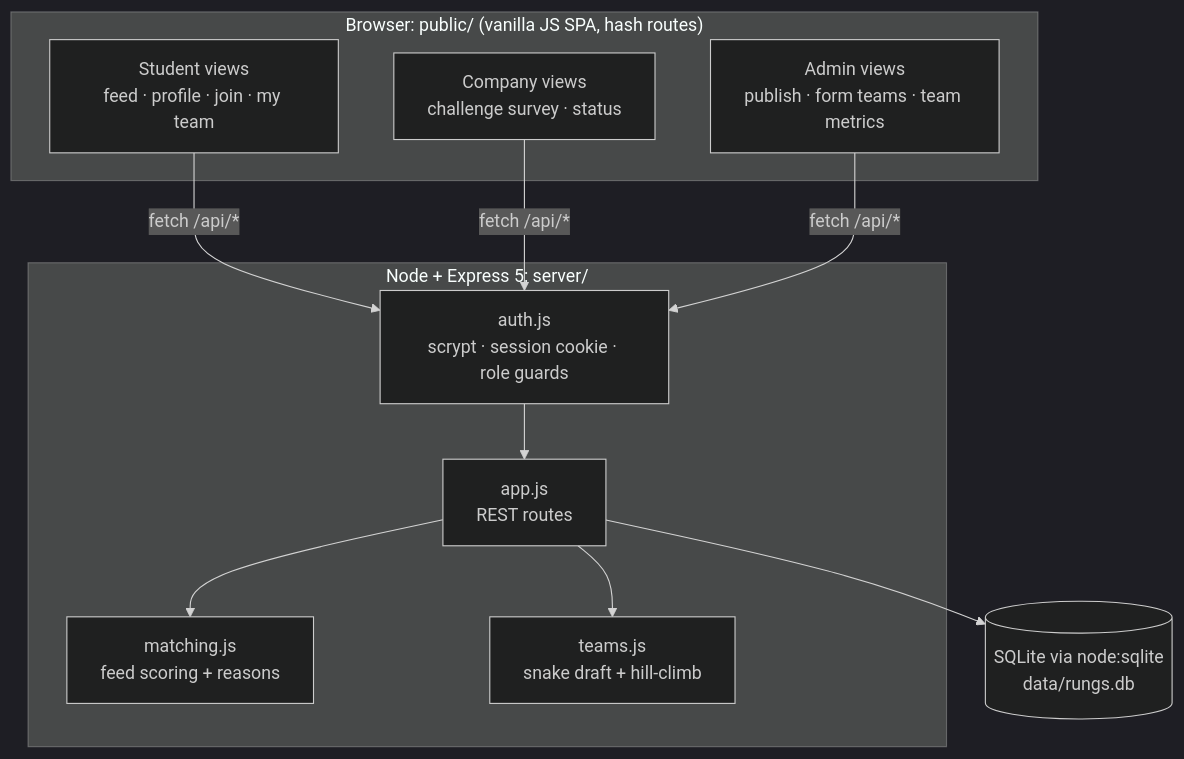
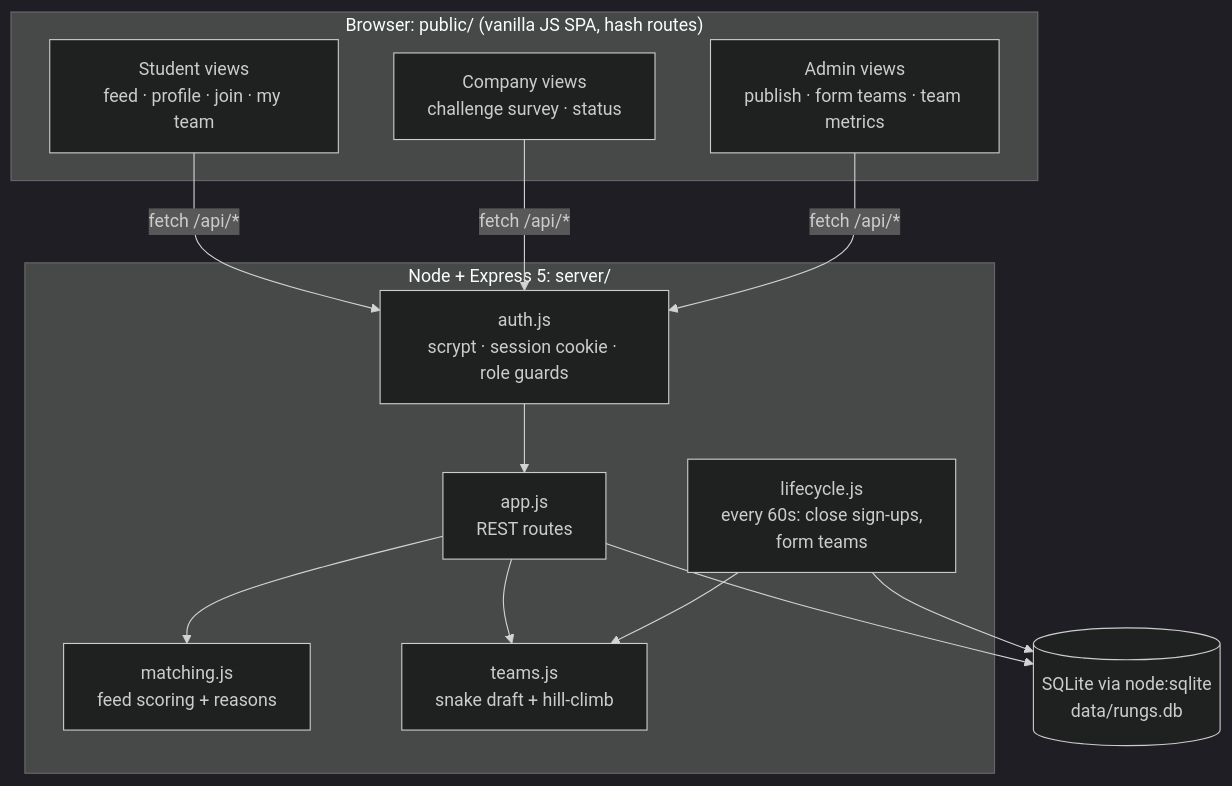
Before and after one commit to alinaliu2025/rungs: the first of 3 diagrams in docs/architecture.md, drawn with Mermaid (dark theme). The commit also changed other lines of this file and 12 other files, not shown here.

````diff
--- a/docs/architecture.md
+++ b/docs/architecture.md
@@ -5,22 +5,25 @@
 ```mermaid
 flowchart TB
   subgraph Browser["Browser: public/ (vanilla JS SPA, hash routes)"]
     UIS[Student views<br/>feed · profile · join · my team]
     UIC[Company views<br/>challenge survey · status]
     UIA[Admin views<br/>publish · form teams · team metrics]
   end
 
   subgraph Server["Node + Express 5: server/"]
     AUTH[auth.js<br/>scrypt · session cookie · role guards]
     API[app.js<br/>REST routes]
     MATCH[matching.js<br/>feed scoring + reasons]
     TEAMS[teams.js<br/>snake draft + hill-climb]
+    LIFE[lifecycle.js<br/>every 60s: close sign-ups,<br/>form teams]
   end
 
   DB[(SQLite via node:sqlite<br/>data/rungs.db)]
 
   UIS & UIC & UIA -->|fetch /api/*| AUTH --> API
   API --> MATCH
   API --> TEAMS
   API --> DB
+  LIFE --> TEAMS
+  LIFE --> DB
 ```
````
